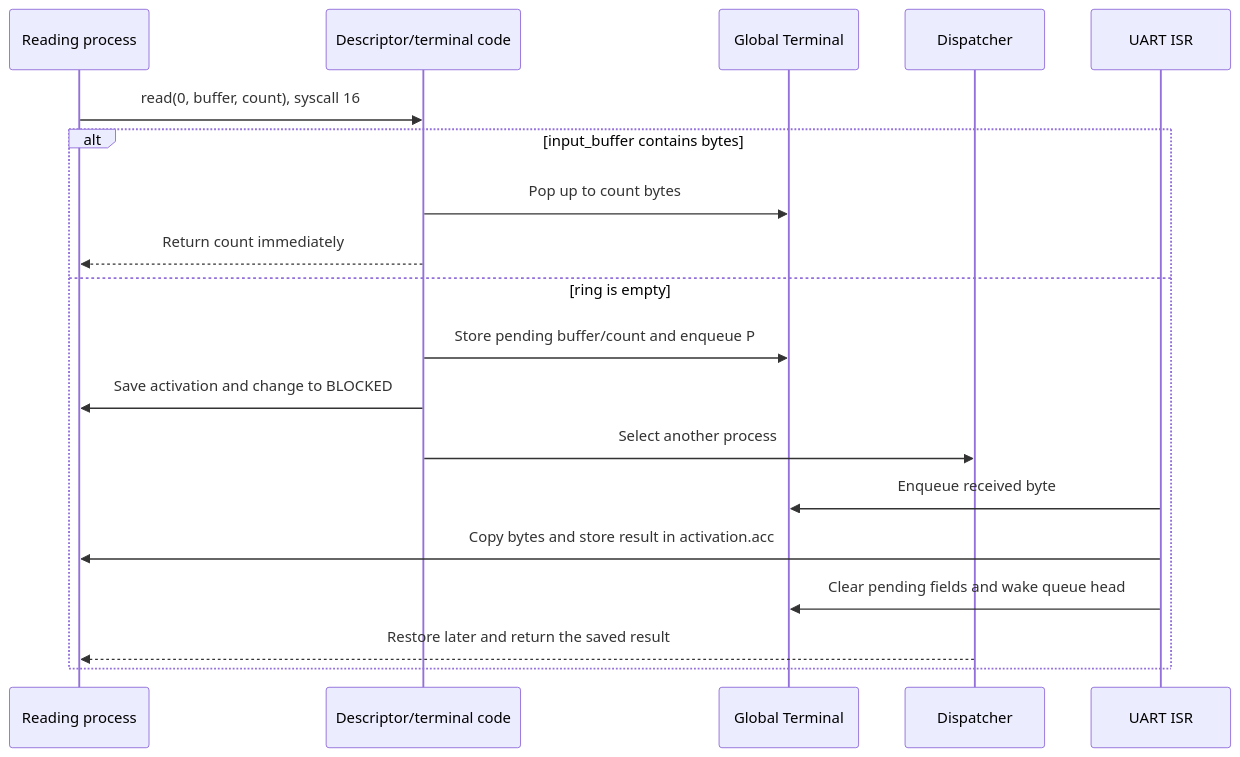
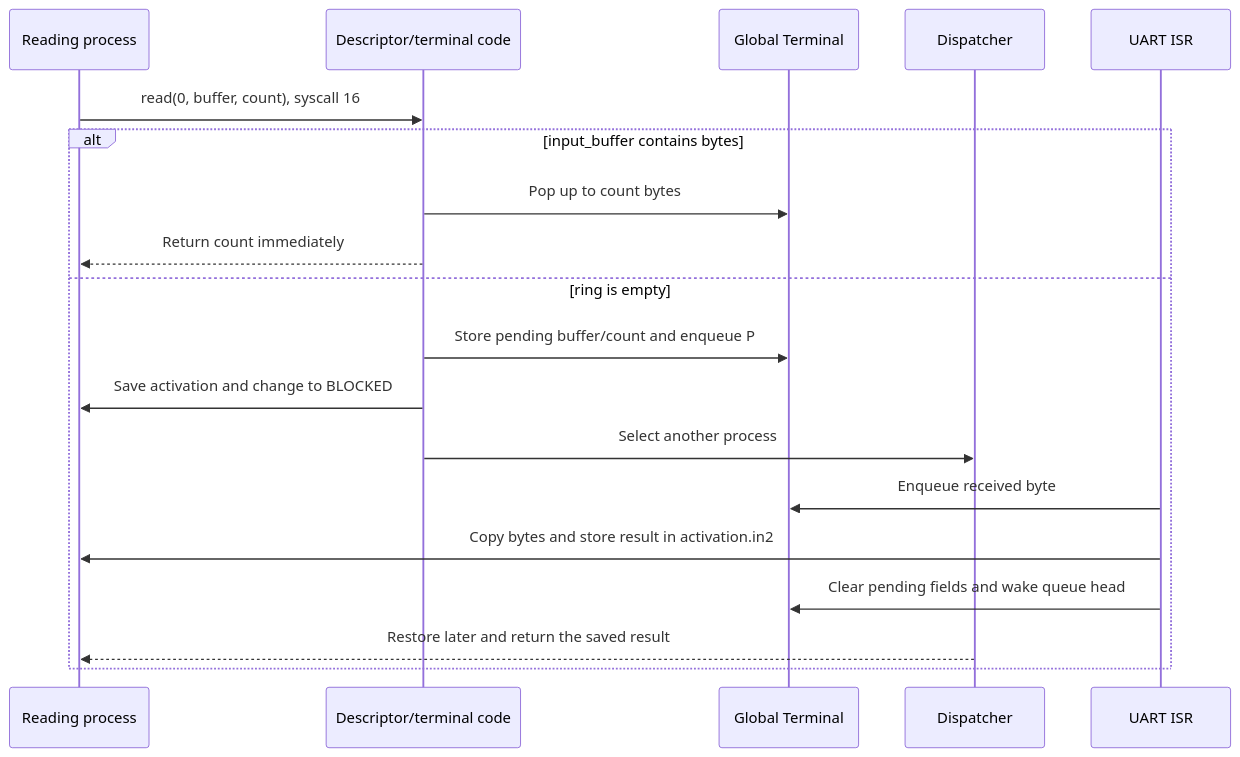
One commit to matthejue/Pico-OS changed diagram 17 of 24 in README.md. Above: the diagram before and after it, drawn with Mermaid. The commit also changed other lines of this file and 32 other files, not shown here.

````diff
--- a/README.md
+++ b/README.md
@@ -2047,22 +2095,22 @@
 ```mermaid
 sequenceDiagram
     participant P as Reading process
     participant K as Descriptor/terminal code
     participant T as Global Terminal
     participant D as Dispatcher
     participant U as UART ISR
 
     P->>K: read(0, buffer, count), syscall 16
     alt input_buffer contains bytes
         K->>T: Pop up to count bytes
         K-->>P: Return count immediately
     else ring is empty
         K->>T: Store pending buffer/count and enqueue P
         K->>P: Save activation and change to BLOCKED
         K->>D: Select another process
         U->>T: Enqueue received byte
-        U->>P: Copy bytes and store result in activation.acc
+        U->>P: Copy bytes and store result in activation.in2
         U->>T: Clear pending fields and wake queue head
         D-->>P: Restore later and return the saved result
     end
 ```
````
